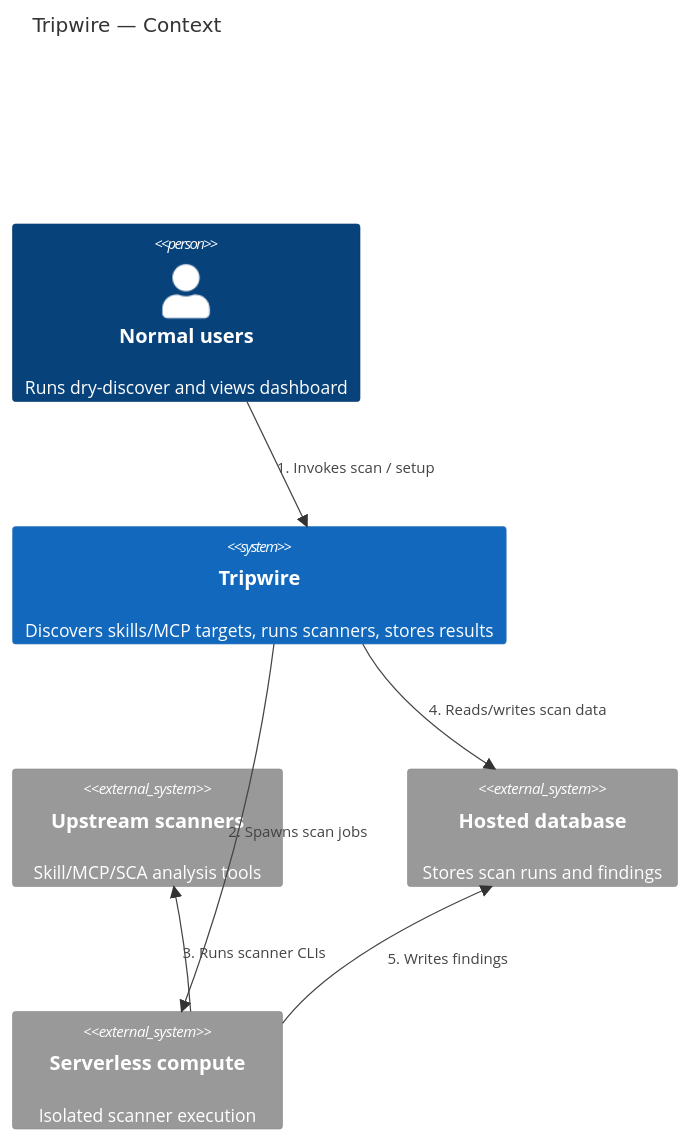
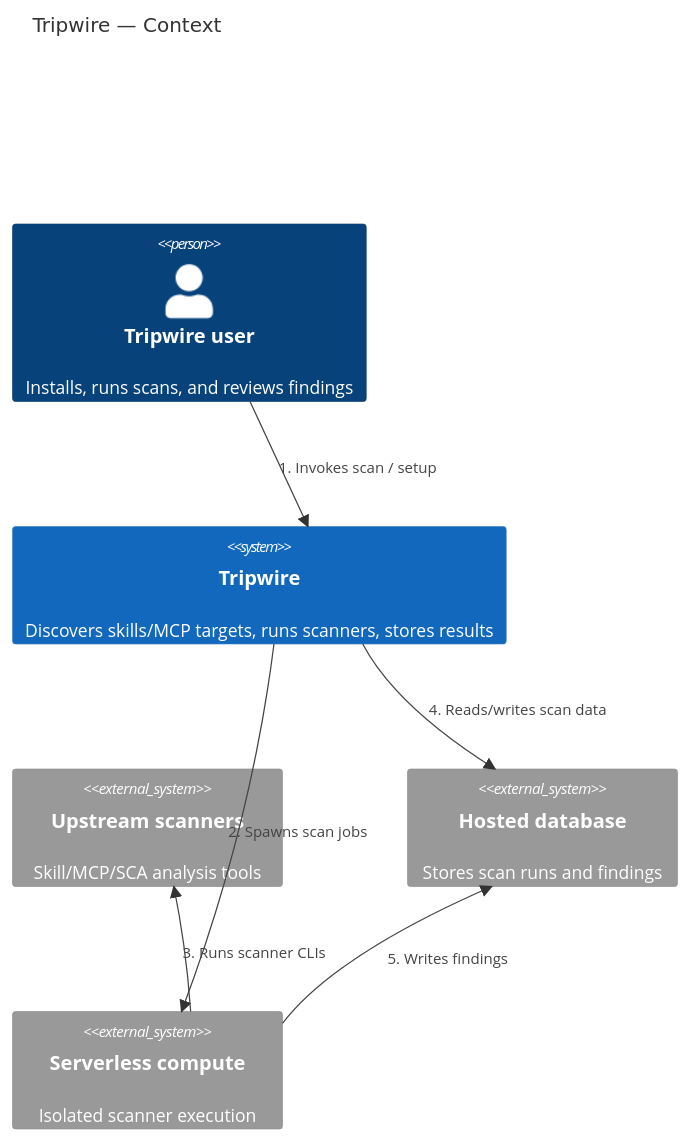
One commit to neomatrix369/tripwire changed the first of 4 diagrams in docs/ARCHITECTURE.md. Above: the diagram before and after it, drawn with Mermaid. The commit also changed other lines of this file and 11 other files, not shown here.

````diff
--- a/docs/ARCHITECTURE.md
+++ b/docs/ARCHITECTURE.md
@@ -13,17 +13,16 @@
 ```mermaid
 C4Context
   title Tripwire — Context
 
-  Person(analyst, "Security expert", "Runs scans and reviews findings")
-  Person(analyst, "Normal users", "Runs dry-discover and views dashboard")
+  Person(user, "Tripwire user", "Installs, runs scans, and reviews findings")
   System(tripwire, "Tripwire", "Discovers skills/MCP targets, runs scanners, stores results")
   System_Ext(scanners, "Upstream scanners", "Skill/MCP/SCA analysis tools")
   System_Ext(cloudDb, "Hosted database", "Stores scan runs and findings")
   System_Ext(compute, "Serverless compute", "Isolated scanner execution")
 
-  Rel(analyst, tripwire, "1. Invokes scan / setup")
+  Rel(user, tripwire, "1. Invokes scan / setup")
   Rel(tripwire, compute, "2. Spawns scan jobs")
   Rel(compute, scanners, "3. Runs scanner CLIs")
   Rel(tripwire, cloudDb, "4. Reads/writes scan data")
   Rel(compute, cloudDb, "5. Writes findings")
 ```
````
